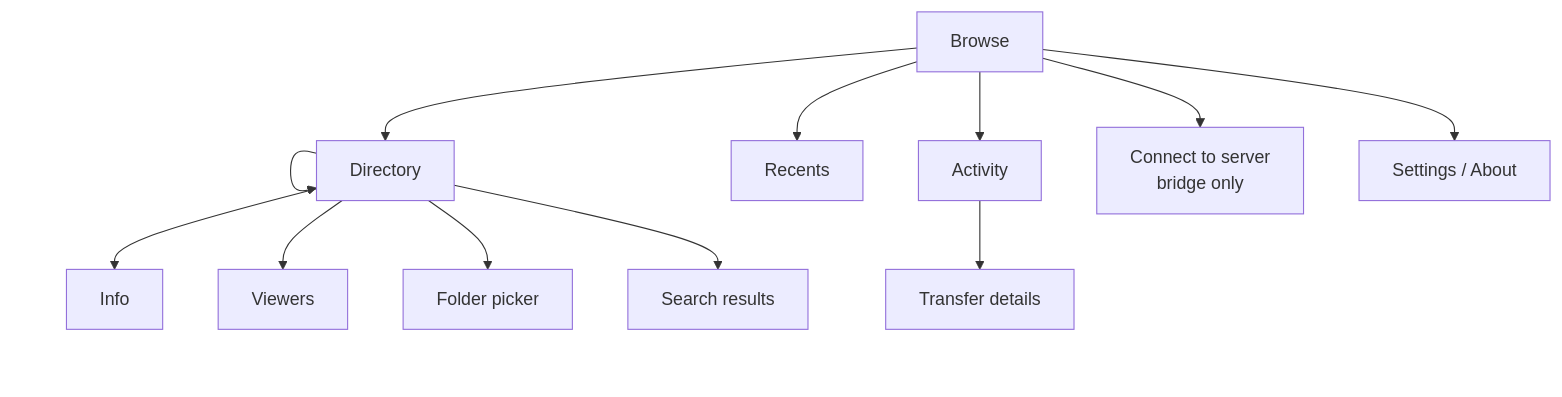
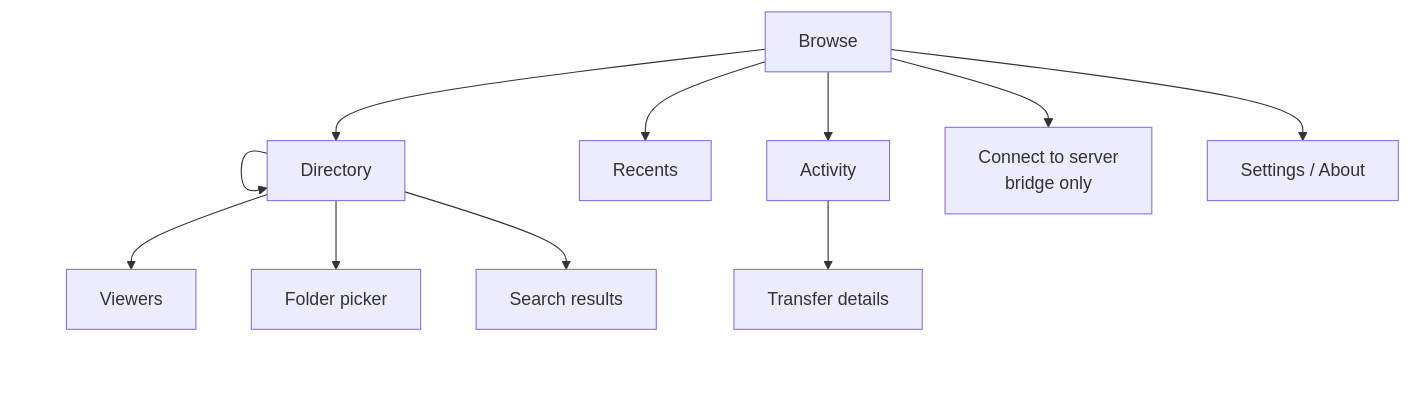
Before and after one commit to muhnschein/lautta: the second of 2 diagrams in doc/SPEC.md, drawn with Mermaid. The commit also changed other lines of this file and 47 other files, not shown here.

````diff
--- a/doc/SPEC.md
+++ b/doc/SPEC.md
@@ -601,14 +607,13 @@
 ```mermaid
 flowchart TD
   B[Browse] --> D[Directory]
   B --> R[Recents]
   B --> T[Activity]
   B --> CS[Connect to server<br/>bridge only]
   B --> S[Settings / About]
   D --> D
-  D --> I[Info]
   D --> V[Viewers]
   D --> P[Folder picker]
   D --> SR[Search results]
   T --> TD[Transfer details]
 ```
````
